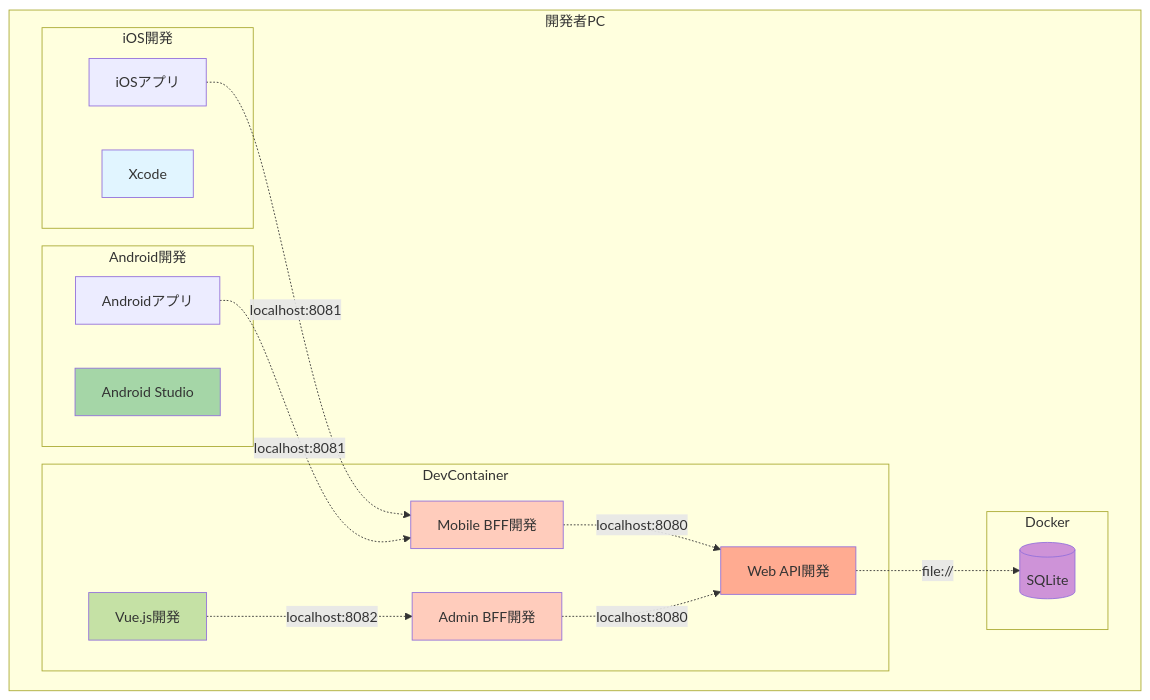
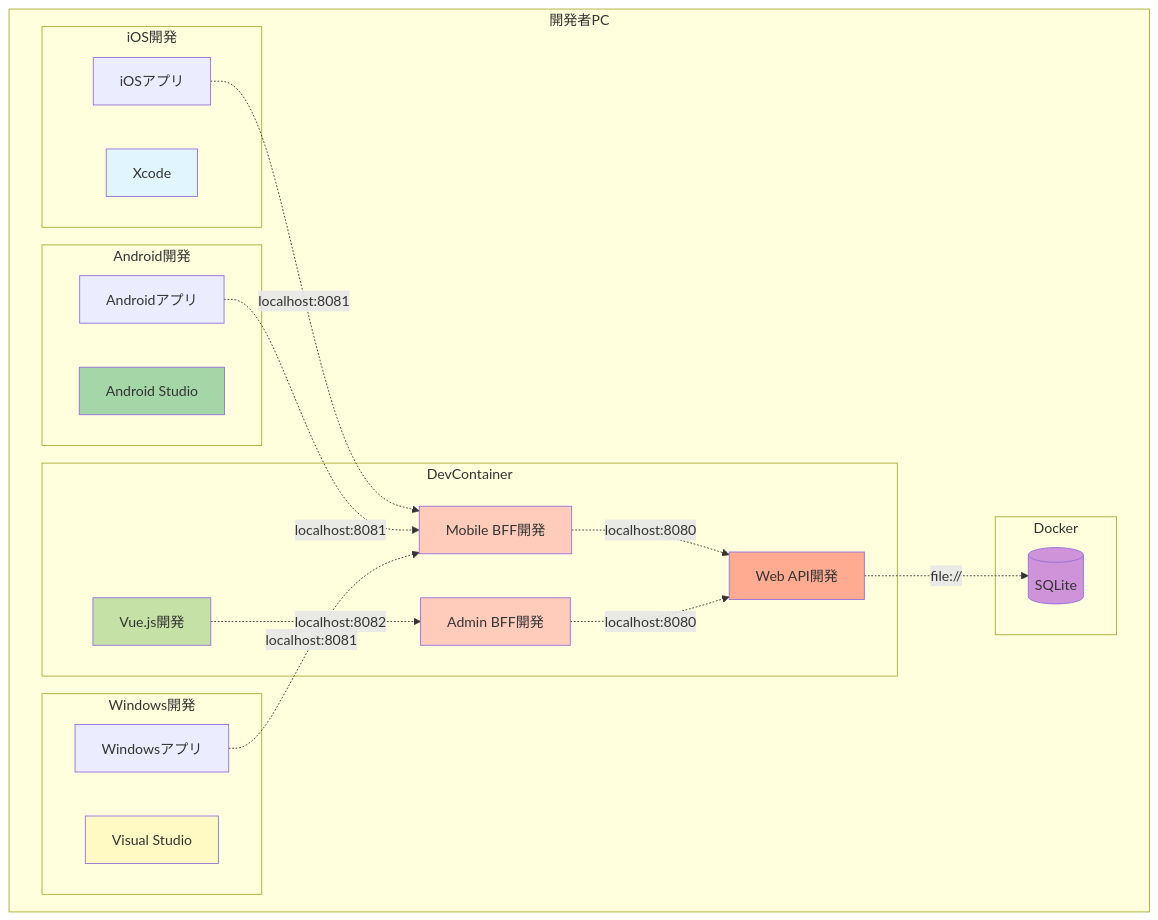
One commit to Takas0522/ws-demo-mobile-app changed the second of 10 diagrams in docs/architecture/01-system-context.md. Above: the diagram before and after it, drawn with Mermaid. The commit also changed other lines of this file and 3 other files, not shown here.

First line of the commit message:
docs: add Windows App (C++20/Win32/MVVM) to architecture documents

````diff
--- a/docs/architecture/01-system-context.md
+++ b/docs/architecture/01-system-context.md
@@ -109,40 +109,47 @@
 ```mermaid
 graph TB
     subgraph "開発者PC"
         subgraph "iOS開発"
             Xcode[Xcode]
             iOS[iOSアプリ]
         end
         
         subgraph "Android開発"
             AndroidStudio[Android Studio]
             Android[Androidアプリ]
+        end
+        
+        subgraph "Windows開発"
+            VisualStudio[Visual Studio]
+            Windows[Windowsアプリ]
         end
         
         subgraph "DevContainer"
             Vue[Vue.js開発]
             MobileBFF[Mobile BFF開発]
             AdminBFF[Admin BFF開発]
             WebAPI[Web API開発]
         end
         
         subgraph "Docker"
             DB[(SQLite)]
         end
     end
     
     iOS -.->|localhost:8081| MobileBFF
     Android -.->|localhost:8081| MobileBFF
+    Windows -.->|localhost:8081| MobileBFF
     Vue -.->|localhost:8082| AdminBFF
     MobileBFF -.->|localhost:8080| WebAPI
     AdminBFF -.->|localhost:8080| WebAPI
     WebAPI -.->|file://| DB
     
     style Xcode fill:#e1f5ff
     style AndroidStudio fill:#a5d6a7
+    style VisualStudio fill:#fff9c4
     style Vue fill:#c5e1a5
     style MobileBFF fill:#ffccbc
     style AdminBFF fill:#ffccbc
     style WebAPI fill:#ffab91
     style DB fill:#ce93d8
 ```
````
